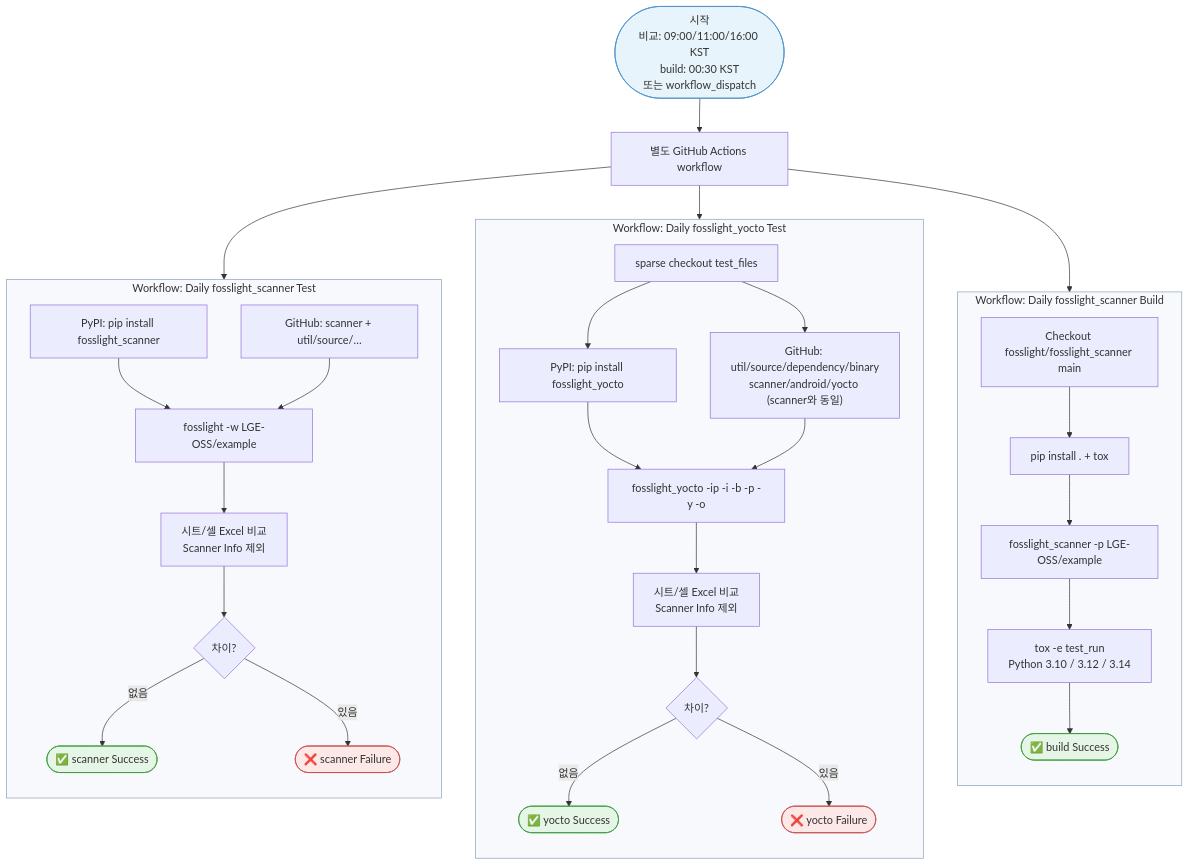
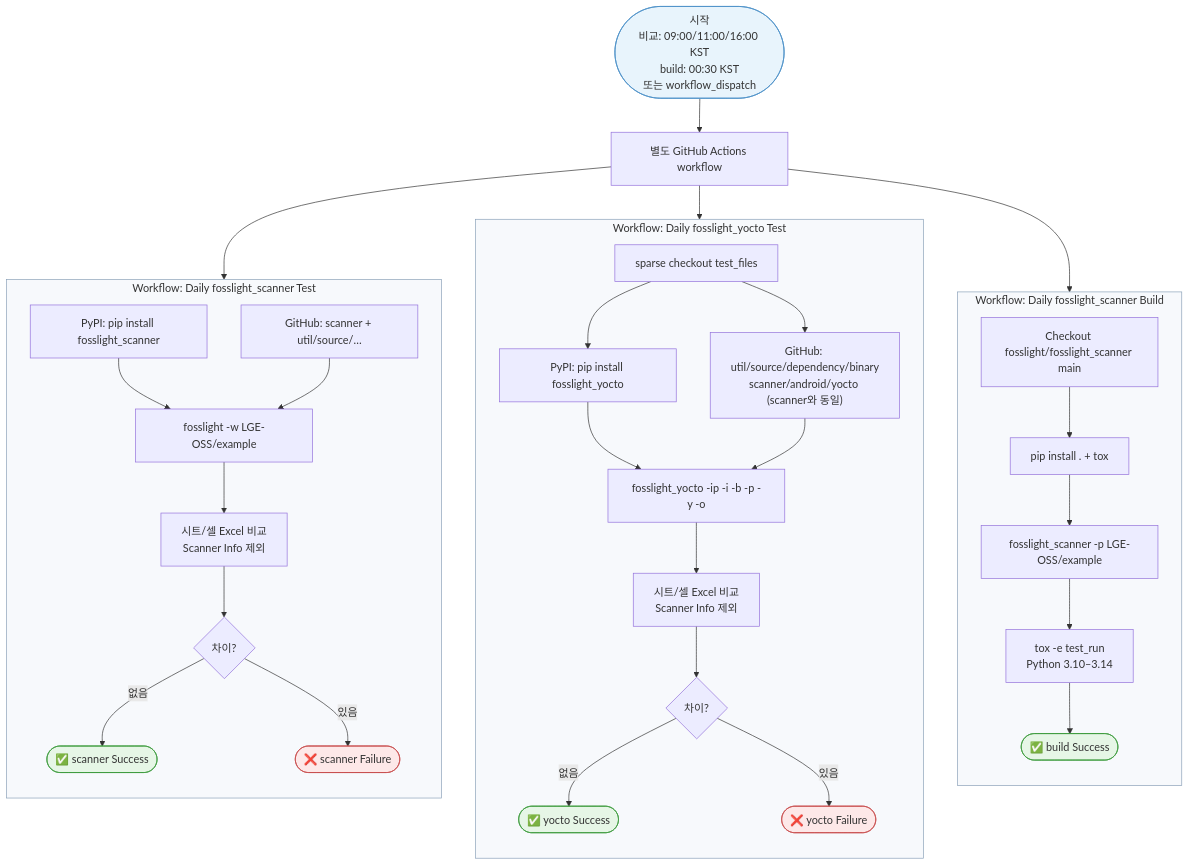
The first of 3 diagrams in docs/flowchart.md (fosslight/fosslight_scanner_test), drawn with Mermaid before and after one commit. The commit also changed 2 other files, not shown here.

Commit message:
Expand daily scanner build tox matrix to Python 3.10–3.14.

````diff
--- a/docs/flowchart.md
+++ b/docs/flowchart.md
@@ -7,61 +7,61 @@
 ```mermaid
 flowchart TD
     Start([시작<br/>비교: 09:00/11:00/16:00 KST<br/>build: 00:30 KST<br/>또는 workflow_dispatch]) --> Split
 
     Split[별도 GitHub Actions workflow]
 
     Split --> T1
     Split --> T2
     Split --> T3
 
     subgraph T1["Workflow: Daily fosslight_scanner Test"]
         direction TB
         S1["PyPI: pip install fosslight_scanner"]
         S2["GitHub: scanner + util/source/…"]
         S3["fosslight -w LGE-OSS/example"]
         S4["시트/셀 Excel 비교<br/>Scanner Info 제외"]
         S1 --> S3
         S2 --> S3
         S3 --> S4
         S4 --> SR{차이?}
         SR -->|없음| SPass([✅ scanner Success])
         SR -->|있음| SFail([❌ scanner Failure])
     end
 
     subgraph T2["Workflow: Daily fosslight_yocto Test"]
         direction TB
         Y0[sparse checkout test_files]
         Y1["PyPI: pip install fosslight_yocto"]
         Y2["GitHub: util/source/dependency/binary<br/>scanner/android/yocto (scanner와 동일)"]
         Y3["fosslight_yocto -ip -i -b -p -y -o"]
         Y4["시트/셀 Excel 비교<br/>Scanner Info 제외"]
         Y0 --> Y1
         Y0 --> Y2
         Y1 --> Y3
         Y2 --> Y3
         Y3 --> Y4
         Y4 --> YR{차이?}
         YR -->|없음| YPass([✅ yocto Success])
         YR -->|있음| YFail([❌ yocto Failure])
     end
 
     subgraph T3["Workflow: Daily fosslight_scanner Build"]
         direction TB
         B1["Checkout fosslight/fosslight_scanner main"]
         B2["pip install . + tox"]
         B3["fosslight_scanner -p LGE-OSS/example"]
-        B4["tox -e test_run<br/>Python 3.10 / 3.12 / 3.14"]
+        B4["tox -e test_run<br/>Python 3.10–3.14"]
         B1 --> B2 --> B3 --> B4
         B4 --> BPass([✅ build Success])
     end
 
     style Start fill:#e8f4fc,stroke:#4a90c8
     style SPass fill:#e6f6e6,stroke:#3a9a3a
     style YPass fill:#e6f6e6,stroke:#3a9a3a
     style BPass fill:#e6f6e6,stroke:#3a9a3a
     style SFail fill:#fde8e8,stroke:#c84a4a
     style YFail fill:#fde8e8,stroke:#c84a4a
     style T1 fill:#f7f9fc,stroke:#8aa0b8
     style T2 fill:#f7f9fc,stroke:#8aa0b8
     style T3 fill:#f7f9fc,stroke:#8aa0b8
 ```
````
